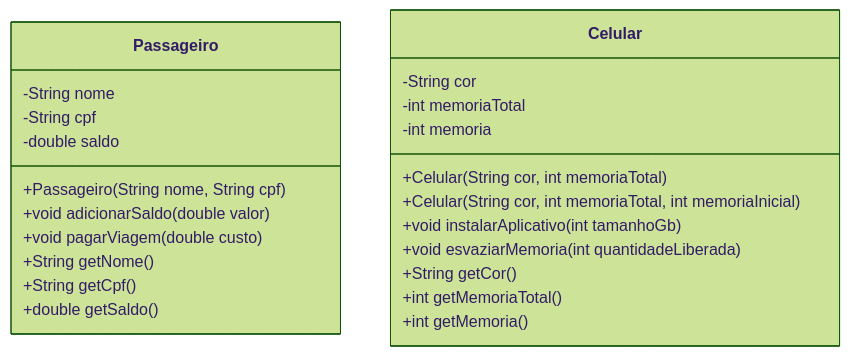
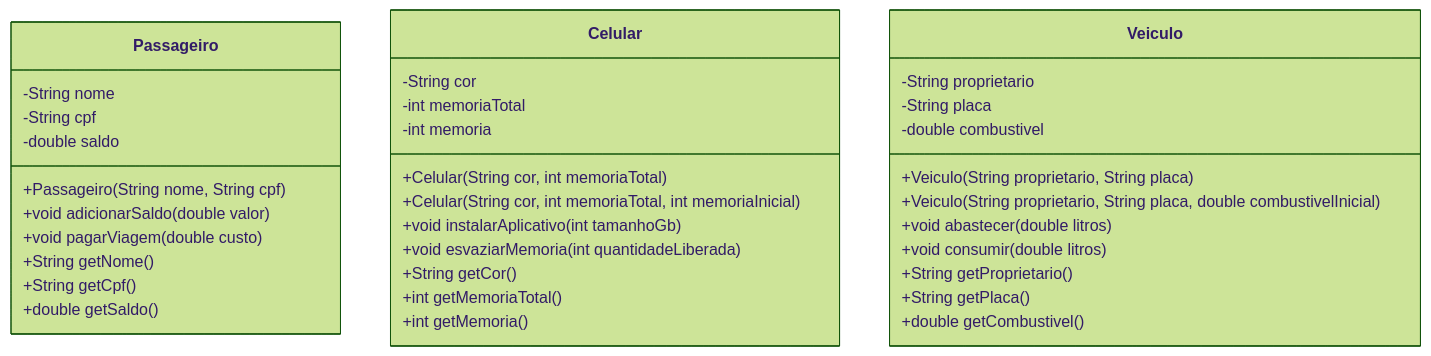
The diagram in docs/uml.md (Pedro-Ivson/fiap-poo), drawn with Mermaid (forest theme) before and after one commit. The commit also changed other lines of this file and 4 other files, not shown here.

````diff
--- a/docs/uml.md
+++ b/docs/uml.md
@@ -3,27 +3,40 @@
 ```mermaid
 classDiagram
     class Passageiro {
         -String nome
         -String cpf
         -double saldo
         +Passageiro(String nome, String cpf)
         +void adicionarSaldo(double valor)
         +void pagarViagem(double custo)
         +String getNome()
         +String getCpf()
         +double getSaldo()
     }
 
     class Celular {
         -String cor
         -int memoriaTotal
         -int memoria
         +Celular(String cor, int memoriaTotal)
         +Celular(String cor, int memoriaTotal, int memoriaInicial)
         +void instalarAplicativo(int tamanhoGb)
         +void esvaziarMemoria(int quantidadeLiberada)
         +String getCor()
         +int getMemoriaTotal()
         +int getMemoria()
     }
+
+    class Veiculo {
+        -String proprietario
+        -String placa
+        -double combustivel
+        +Veiculo(String proprietario, String placa)
+        +Veiculo(String proprietario, String placa, double combustivelInicial)
+        +void abastecer(double litros)
+        +void consumir(double litros)
+        +String getProprietario()
+        +String getPlaca()
+        +double getCombustivel()
+    }
 ```
````
